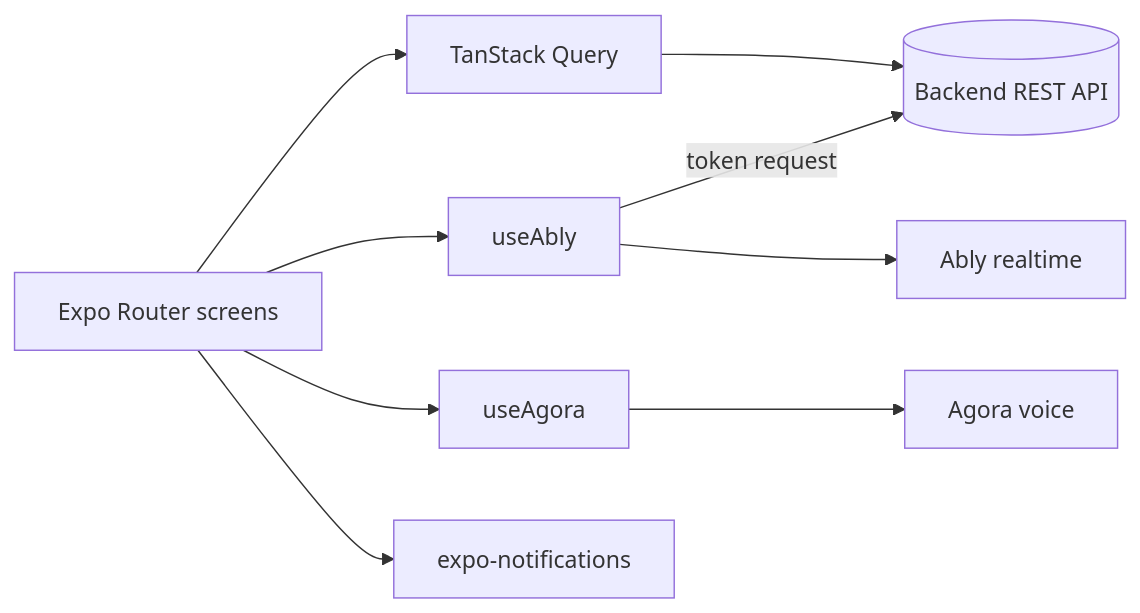
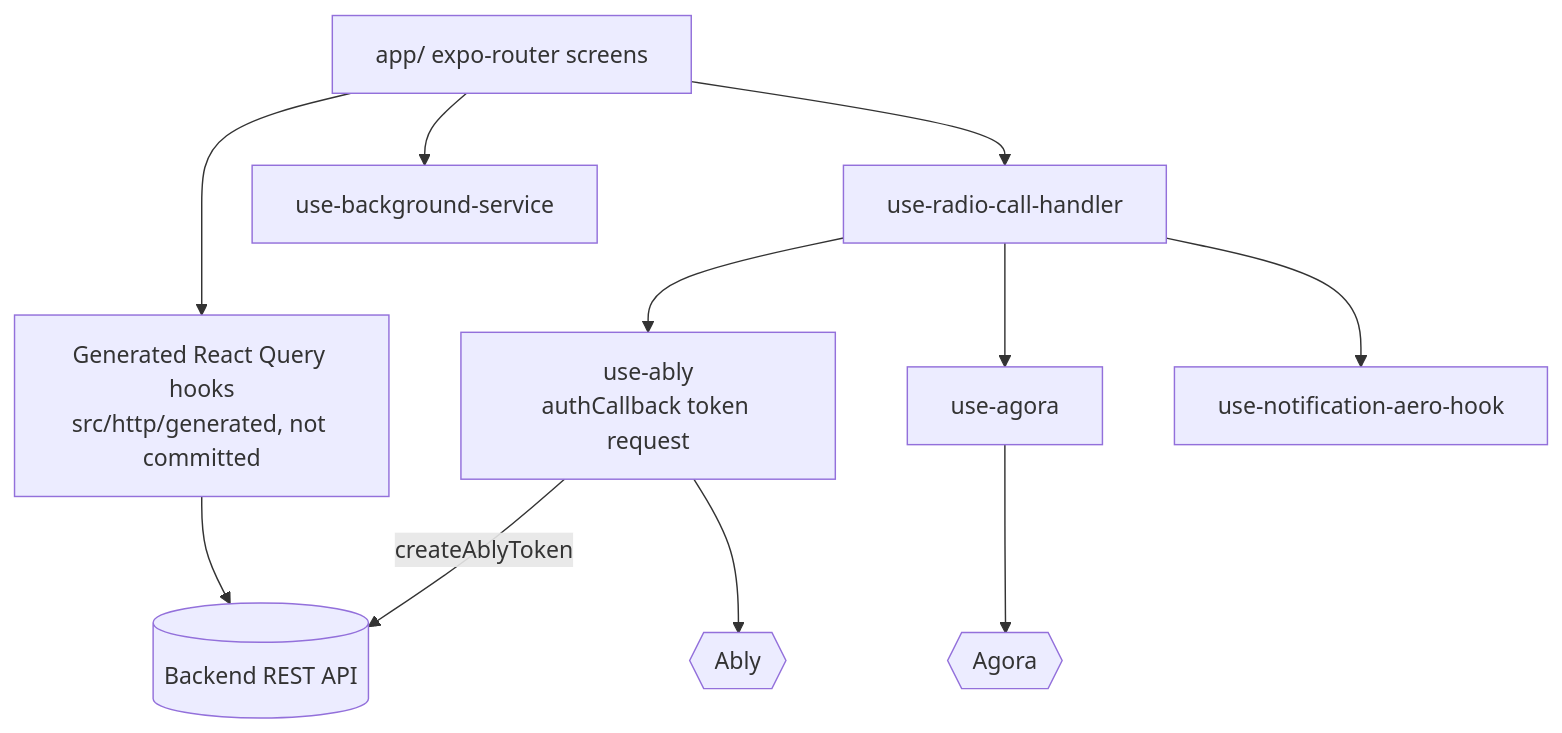
Before and after one commit to mkwitko/ambulance-fleet-comms: the second of 3 diagrams in README.md, drawn with Mermaid. The commit also changed other lines of this file, not shown here.

Commit message:
docs: presentation README with architecture diagrams

````diff
--- a/README.md
+++ b/README.md
@@ -17,11 +39,13 @@
 ```mermaid
-flowchart LR
-  UI[Expo Router screens] --> Query[TanStack Query]
+flowchart TB
+  Screens[app/ expo-router screens] --> Query[Generated React Query hooks<br/>src/http/generated, not committed]
   Query --> API[(Backend REST API)]
-  UI --> AblyHook[useAbly]
-  AblyHook -->|token request| API
-  AblyHook --> Ably[Ably realtime]
-  UI --> AgoraHook[useAgora]
-  AgoraHook --> Agora[Agora voice]
-  UI --> Notif[expo-notifications]
+  Screens --> Radio[use-radio-call-handler]
+  Radio --> AblyHook[use-ably<br/>authCallback token request]
+  Radio --> AgoraHook[use-agora]
+  Radio --> Sound[use-notification-aero-hook]
+  AblyHook -->|createAblyToken| API
+  AblyHook --> Ably{{Ably}}
+  AgoraHook --> Agora{{Agora}}
+  Screens --> BG[use-background-service]
 ```
````
